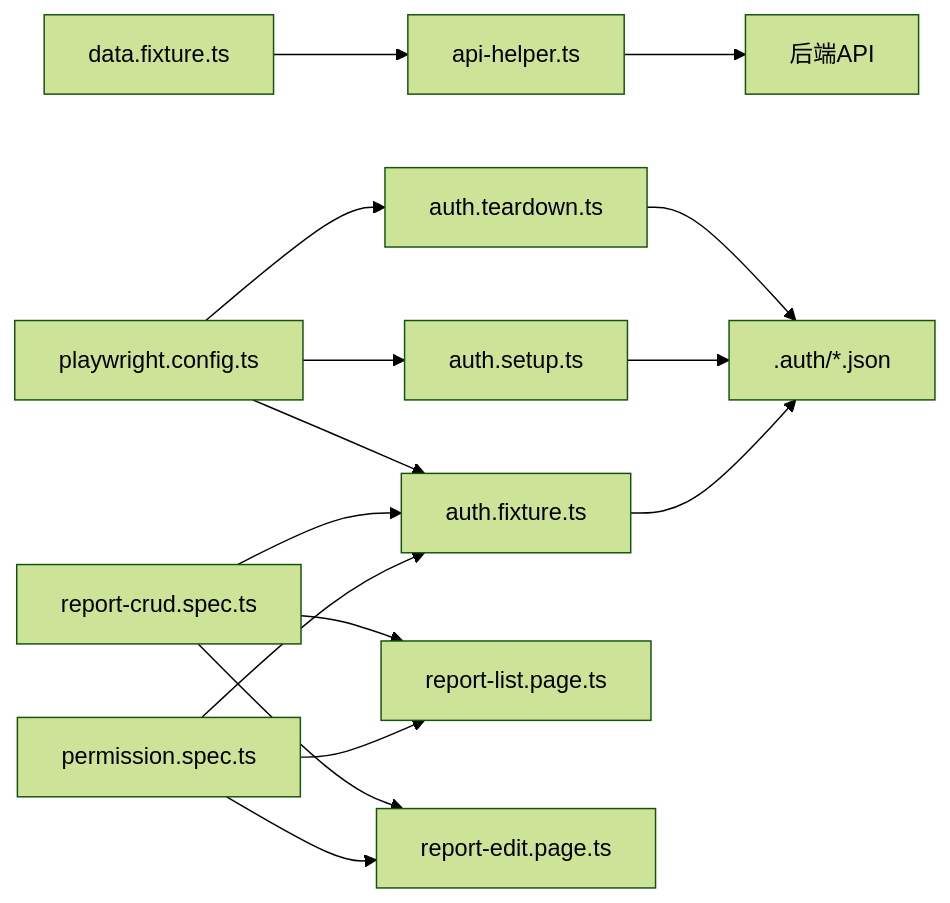
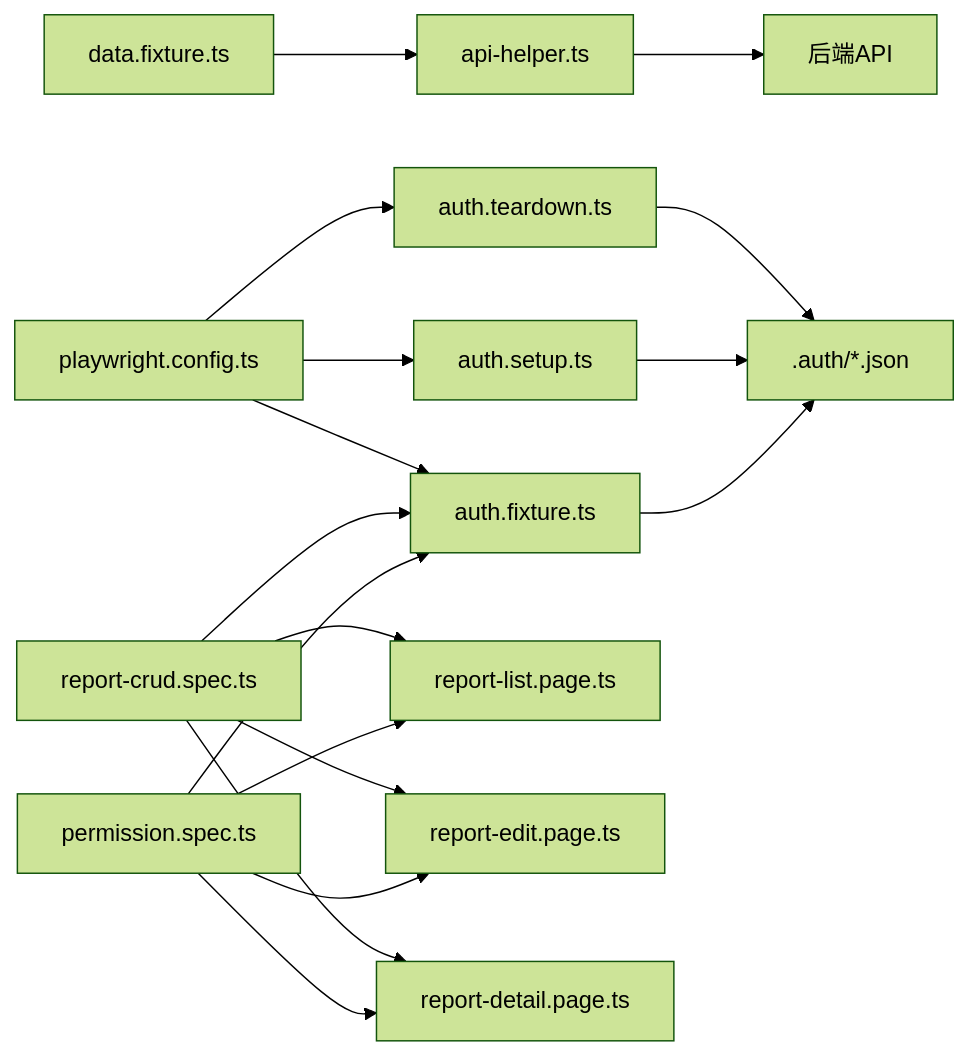
One commit to zzgoviziwind/--playwright changed the fifth of 5 diagrams in .qoder/repowiki/zh/content/认证和Fixture系统/用户数据管理.md. Above: the diagram before and after it, drawn with Mermaid (forest theme). The commit also changed other lines of this file and 112 other files, not shown here.

````diff
--- a/.qoder/repowiki/zh/content/认证和Fixture系统/用户数据管理.md
+++ b/.qoder/repowiki/zh/content/认证和Fixture系统/用户数据管理.md
@@ -314,17 +347,19 @@
 ```mermaid
 graph LR
 AF["auth.fixture.ts"] --> ST[".auth/*.json"]
 AS["auth.setup.ts"] --> ST
 AT["auth.teardown.ts"] --> ST
 DF["data.fixture.ts"] --> AH["api-helper.ts"]
 AH --> API["后端API"]
 PS["permission.spec.ts"] --> AF
 PS --> RL["report-list.page.ts"]
 PS --> RE["report-edit.page.ts"]
+PS --> RD["report-detail.page.ts"]
 RCS["report-crud.spec.ts"] --> AF
 RCS --> RL
 RCS --> RE
+RCS --> RD
 PC["playwright.config.ts"] --> AF
 PC --> AS
 PC --> AT
 ```
````
